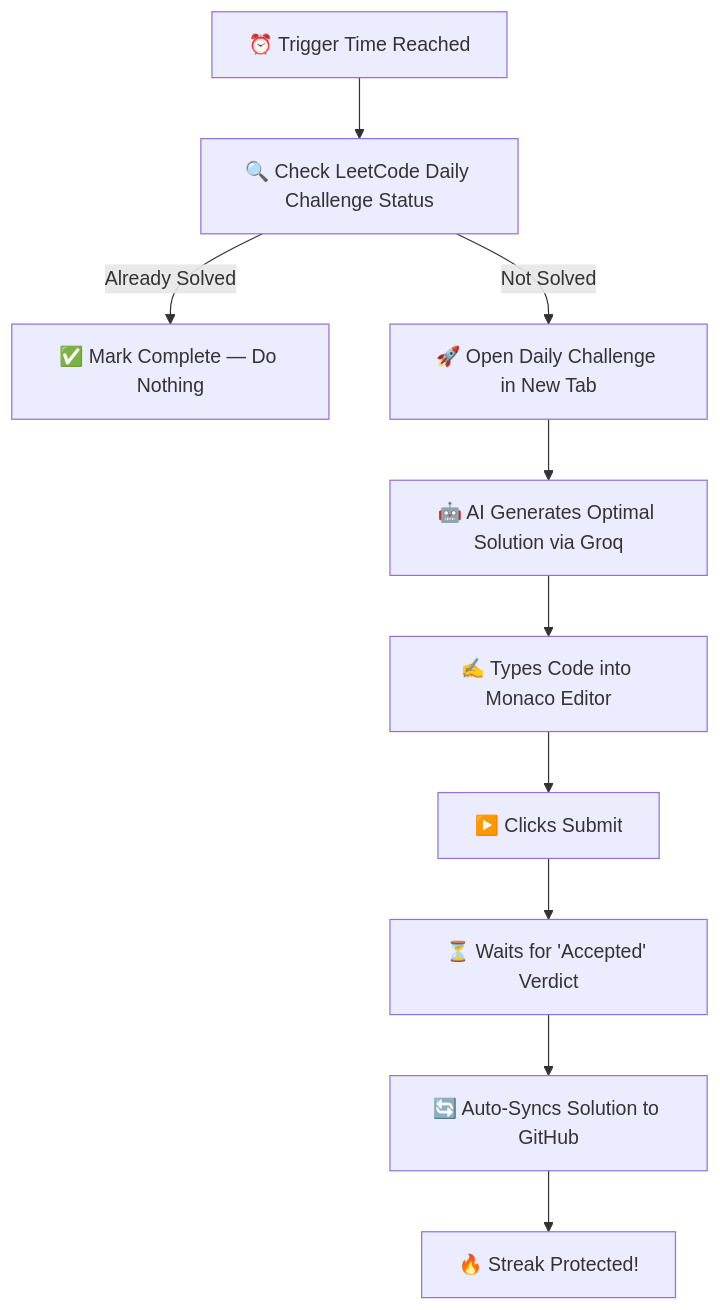
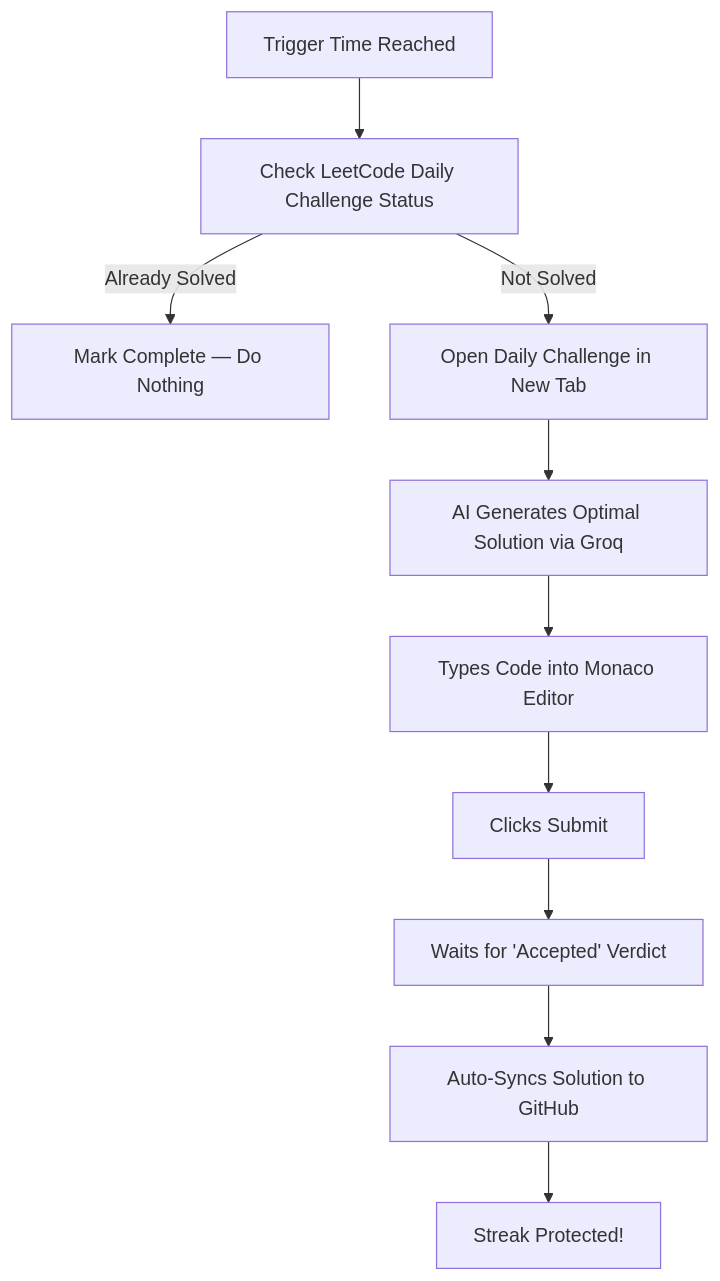
Before and after one commit to Satyam810/leetcode-companion: the diagram in README.md, drawn with Mermaid. The commit also changed other lines of this file, not shown here.

````diff
--- a/README.md
+++ b/README.md
@@ -92,12 +92,12 @@
 ```mermaid
 graph TD
-    A["⏰ Trigger Time Reached"] --> B["🔍 Check LeetCode Daily Challenge Status"]
-    B -->|Already Solved| C["✅ Mark Complete — Do Nothing"]
-    B -->|Not Solved| D["🚀 Open Daily Challenge in New Tab"]
-    D --> E["🤖 AI Generates Optimal Solution via Groq"]
-    E --> F["✍️ Types Code into Monaco Editor"]
-    F --> G["▶️ Clicks Submit"]
-    G --> H["⏳ Waits for 'Accepted' Verdict"]
-    H --> I["🔄 Auto-Syncs Solution to GitHub"]
-    I --> J["🔥 Streak Protected!"]
+    A["Trigger Time Reached"] --> B["Check LeetCode Daily Challenge Status"]
+    B -->|Already Solved| C["Mark Complete — Do Nothing"]
+    B -->|Not Solved| D["Open Daily Challenge in New Tab"]
+    D --> E["AI Generates Optimal Solution via Groq"]
+    E --> F["Types Code into Monaco Editor"]
+    F --> G["Clicks Submit"]
+    G --> H["Waits for 'Accepted' Verdict"]
+    H --> I["Auto-Syncs Solution to GitHub"]
+    I --> J["Streak Protected!"]
 ```
````
